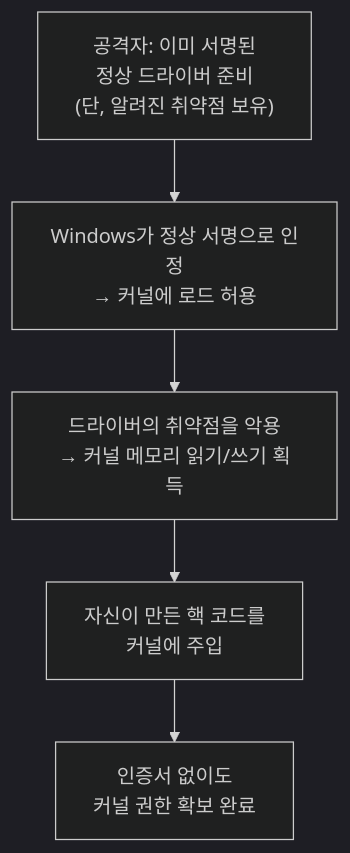
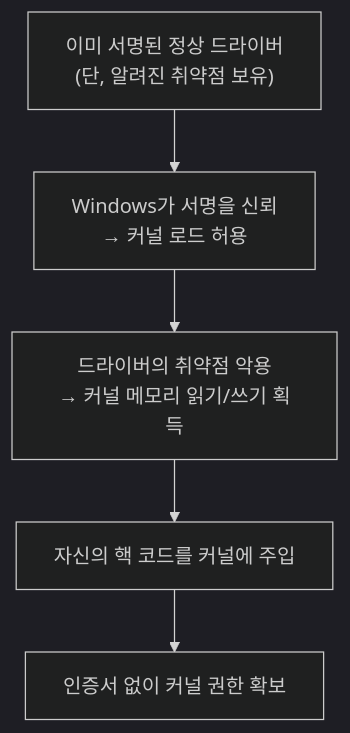
Before and after one commit to shm3041/shm3041.github.io: the diagram in _posts/2026-11-23-byovd-anticheat.md, drawn with Mermaid (dark theme). The commit also changed other lines of this file and 7 other files, not shown here.

````diff
--- a/_posts/2026-11-23-byovd-anticheat.md
+++ b/_posts/2026-11-23-byovd-anticheat.md
@@ -30,7 +29,7 @@
 ```mermaid
 flowchart TD
-    A["공격자: 이미 서명된<br/>정상 드라이버 준비<br/>(단, 알려진 취약점 보유)"] --> B["Windows가 정상 서명으로 인정<br/>→ 커널에 로드 허용"]
-    B --> C["드라이버의 취약점을 악용<br/>→ 커널 메모리 읽기/쓰기 획득"]
-    C --> D["자신이 만든 핵 코드를<br/>커널에 주입"]
-    D --> E["인증서 없이도<br/>커널 권한 확보 완료"]
+    A["이미 서명된 정상 드라이버<br/>(단, 알려진 취약점 보유)"] --> B["Windows가 서명을 신뢰<br/>→ 커널 로드 허용"]
+    B --> C["드라이버의 취약점 악용<br/>→ 커널 메모리 읽기/쓰기 획득"]
+    C --> D["자신의 핵 코드를 커널에 주입"]
+    D --> E["인증서 없이 커널 권한 확보"]
 ```
````
